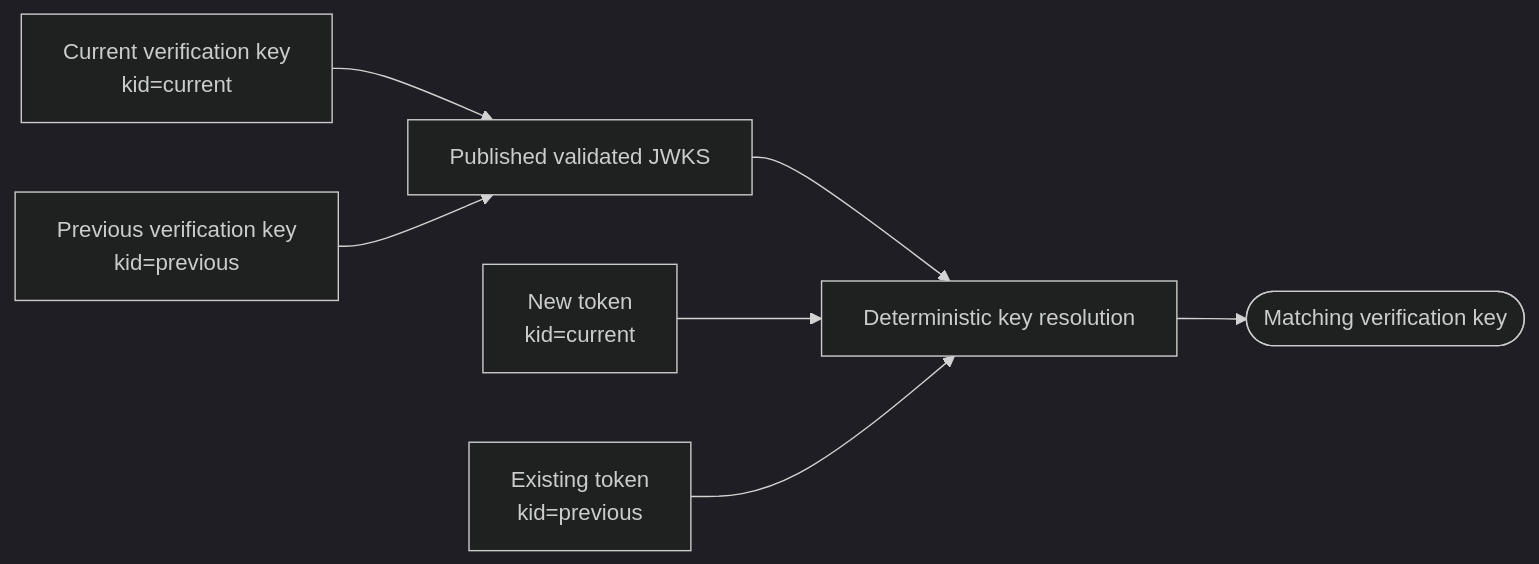
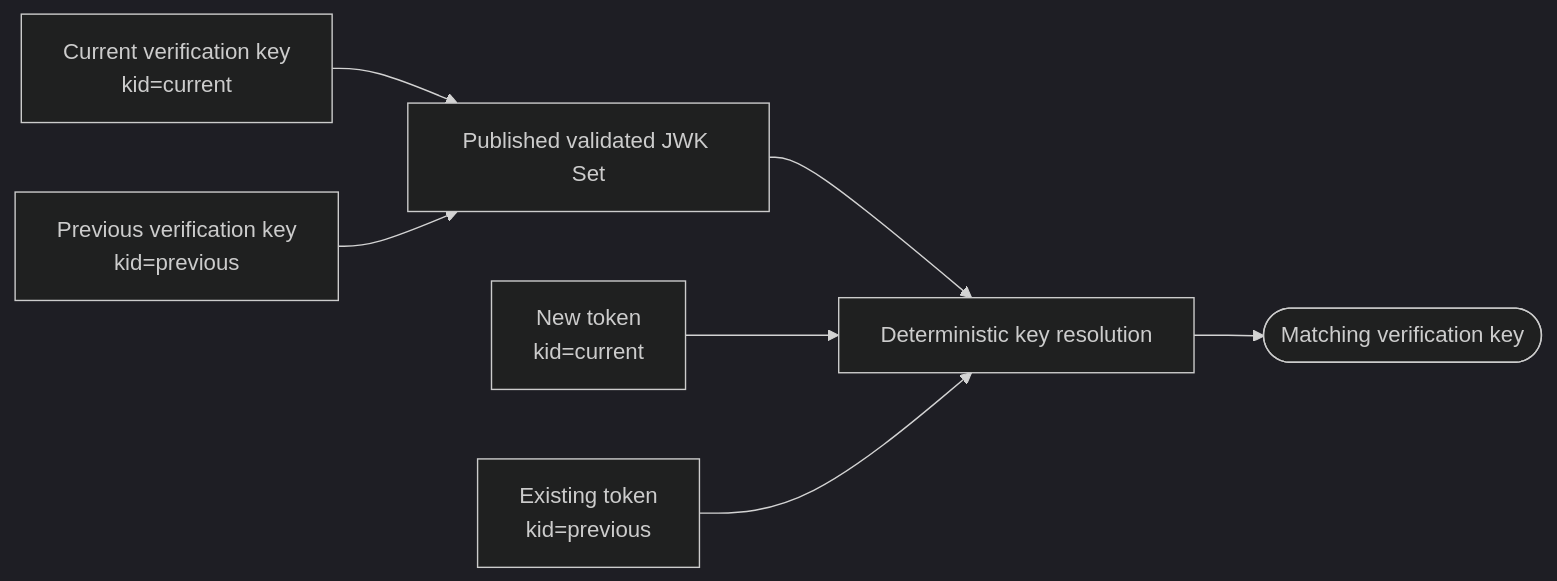
Diagram 17 of 20 in DESIGN.md (mkbeh/xjose), drawn with Mermaid (dark theme) before and after one commit. The commit also changed other lines of this file and 25 other files, not shown here.

Commit message:
refactor(jwk)!: merge JWK Set support into jwk module

````diff
--- a/DESIGN.md
+++ b/DESIGN.md
@@ -635,16 +620,16 @@
 ```mermaid
 flowchart LR
     Current[Current verification key<br/>kid=current]
     Previous[Previous verification key<br/>kid=previous]
-    Set[Published validated JWKS]
+    Set[Published validated JWK Set]
     NewToken[New token<br/>kid=current]
     ExistingToken[Existing token<br/>kid=previous]
     Resolve[Deterministic key resolution]
     Key([Matching verification key])
     Current --> Set
     Previous --> Set
     Set --> Resolve
     NewToken --> Resolve
     ExistingToken --> Resolve
     Resolve --> Key
 ```
````
